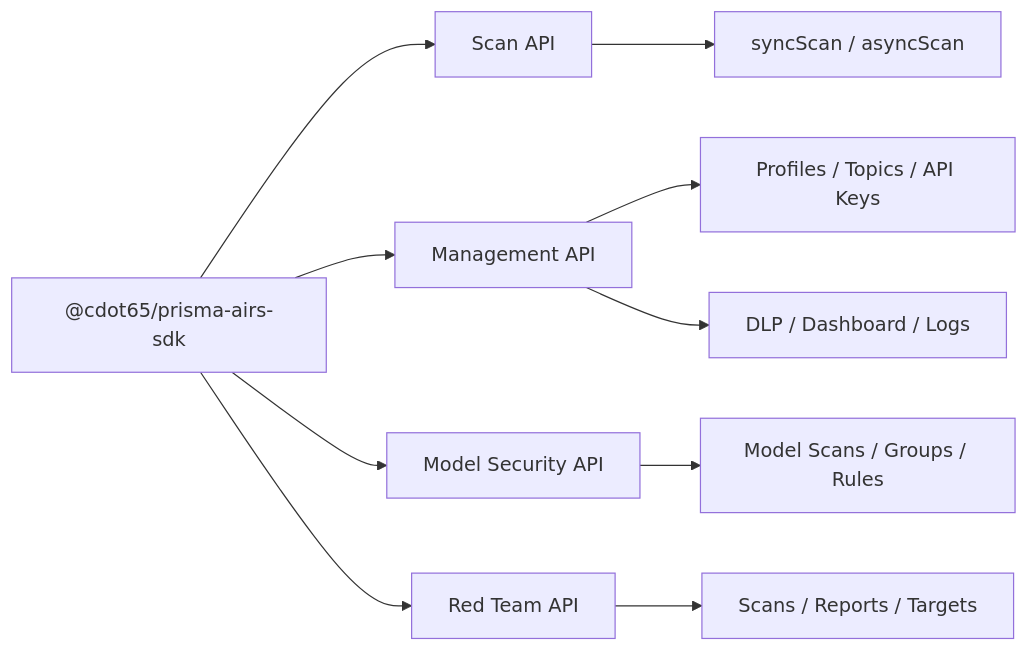
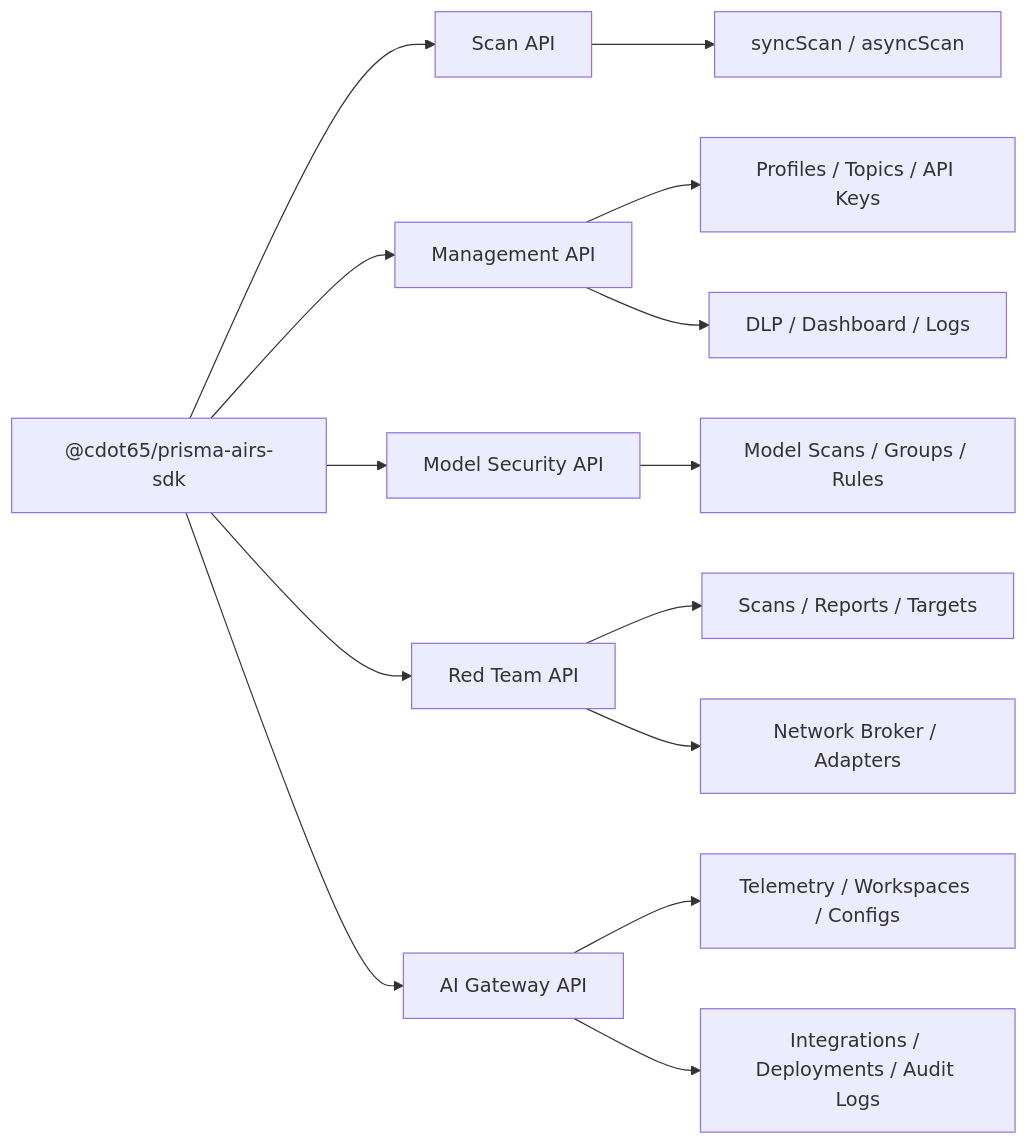
The diagram in docs-site/docs/index.mdx (cdot65/prisma-airs-sdk), drawn with Mermaid before and after one commit. The commit also changed other lines of this file and 16 other files, not shown here.

````diff
--- a/docs-site/docs/index.mdx
+++ b/docs-site/docs/index.mdx
@@ -37,14 +38,18 @@
 ```mermaid
 flowchart LR
     SDK["@cdot65/prisma-airs-sdk"]
     SDK --> SCAN["Scan API"]
     SDK --> MGMT["Management API"]
     SDK --> MSEC["Model Security API"]
     SDK --> RTAM["Red Team API"]
+    SDK --> GW["AI Gateway API"]
 
     SCAN --> S1["syncScan / asyncScan"]
     MGMT --> M1["Profiles / Topics / API Keys"]
     MGMT --> M2["DLP / Dashboard / Logs"]
     MSEC --> MS1["Model Scans / Groups / Rules"]
     RTAM --> RT1["Scans / Reports / Targets"]
+    RTAM --> RT2["Network Broker / Adapters"]
+    GW --> G1["Telemetry / Workspaces / Configs"]
+    GW --> G2["Integrations / Deployments / Audit Logs"]
 ```
````
